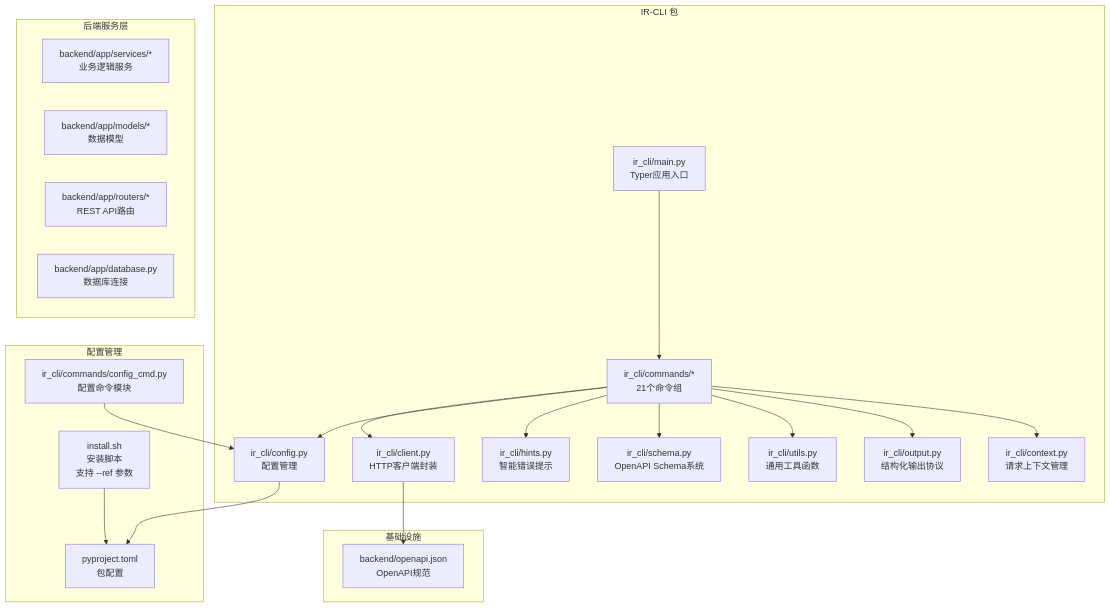
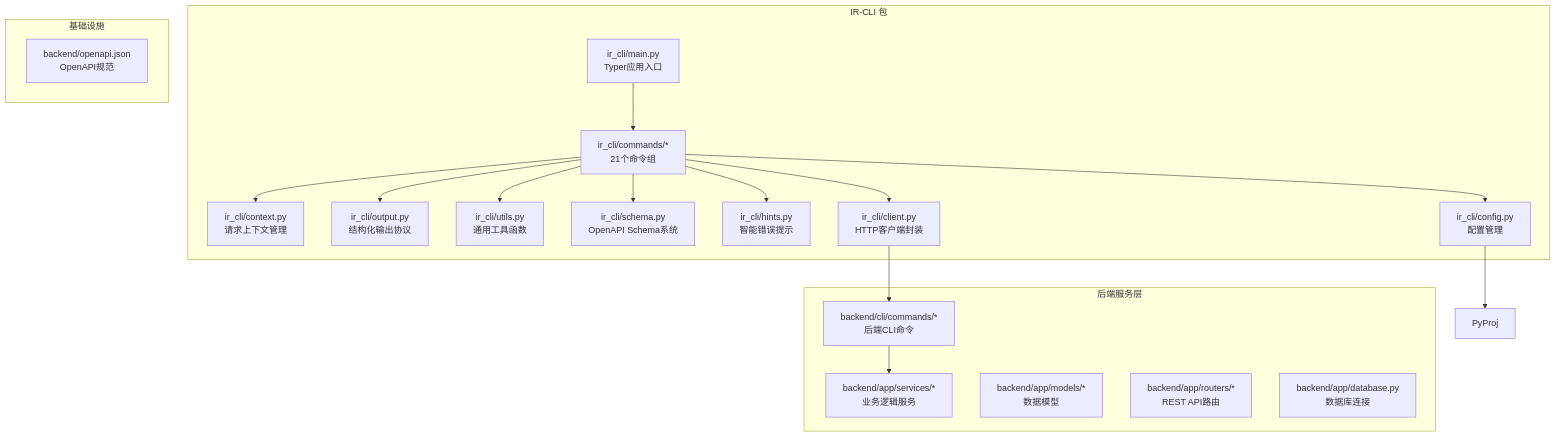
The first of 4 diagrams in .qoder/repowiki/zh/content/开发指南/InvestRing Admin CLI 工具.md (gujialind/InvestRing), drawn with Mermaid before and after one commit. The commit also changed other lines of this file and 19 other files, not shown here.

````diff
--- a/.qoder/repowiki/zh/content/开发指南/InvestRing Admin CLI 工具.md
+++ b/.qoder/repowiki/zh/content/开发指南/InvestRing Admin CLI 工具.md
@@ -61,40 +62,35 @@
 ```mermaid
 graph TB
 subgraph "IR-CLI 包"
 M["ir_cli/main.py<br/>Typer应用入口"]
 Ctx["ir_cli/context.py<br/>请求上下文管理"]
 Out["ir_cli/output.py<br/>结构化输出协议"]
 Utl["ir_cli/utils.py<br/>通用工具函数"]
 Sch["ir_cli/schema.py<br/>OpenAPI Schema系统"]
 Hnt["ir_cli/hints.py<br/>智能错误提示"]
 Cfg["ir_cli/config.py<br/>配置管理"]
 Cli["ir_cli/client.py<br/>HTTP客户端封装"]
 Cmds["ir_cli/commands/*<br/>21个命令组"]
 end
-subgraph "配置管理"
-ConfigCmd["ir_cli/commands/config_cmd.py<br/>配置命令模块"]
-InstallScript["install.sh<br/>安装脚本<br/>支持 --ref 参数"]
-PyProj["pyproject.toml<br/>包配置"]
-end
 subgraph "后端服务层"
 Svc["backend/app/services/*<br/>业务逻辑服务"]
 Mod["backend/app/models/*<br/>数据模型"]
 Rou["backend/app/routers/*<br/>REST API路由"]
 DB["backend/app/database.py<br/>数据库连接"]
+BackendCLI["backend/cli/commands/*<br/>后端CLI命令"]
 end
 subgraph "基础设施"
 API["backend/openapi.json<br/>OpenAPI规范"]
 end
 M --> Cmds
 Cmds --> Ctx
 Cmds --> Out
 Cmds --> Utl
 Cmds --> Sch
 Cmds --> Hnt
 Cmds --> Cfg
 Cmds --> Cli
-ConfigCmd --> Cfg
-InstallScript --> PyProj
-Cli --> API
+Cli --> BackendCLI
+BackendCLI --> Svc
 Cfg --> PyProj
 ```
````
